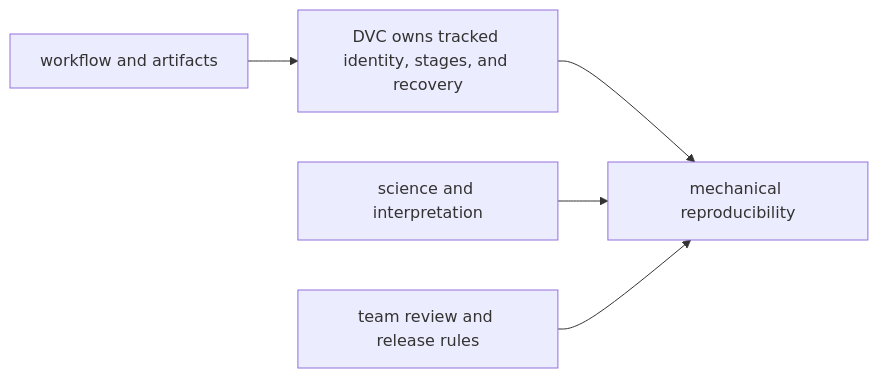
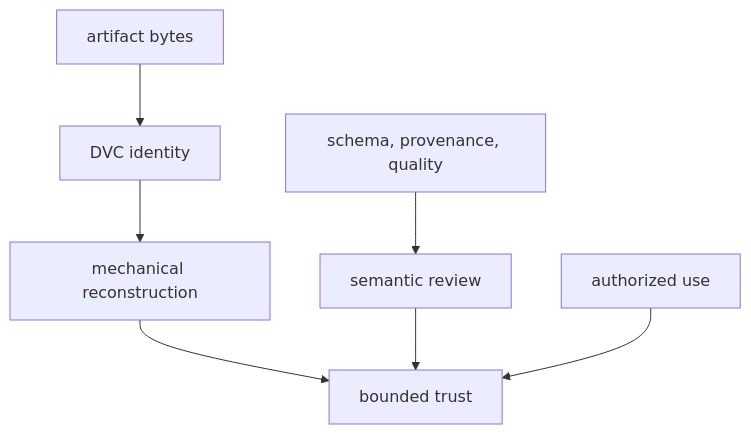
The third of 3 diagrams in programs/reproducible-research/deep-dive-dvc/course-book/module-01-reproducibility-failures-real-teams/what-dvc-does-and-does-not-own.md (bijux/bijux-masterclass), drawn with Mermaid before and after one commit. The commit also changed other lines of this file, not shown here.

Commit message:
docs(dvc): bound early tool adoption claims

````diff
--- a/programs/reproducible-research/deep-dive-dvc/course-book/module-01-reproducibility-failures-real-teams/what-dvc-does-and-does-not-own.md
+++ b/programs/reproducible-research/deep-dive-dvc/course-book/module-01-reproducibility-failures-real-teams/what-dvc-does-and-does-not-own.md
@@ -69,7 +105,9 @@
 ```mermaid
-flowchart LR
-  workflow["workflow and artifacts"] --> dvc["DVC owns tracked identity, stages, and recovery"]
-  dvc --> trust["mechanical reproducibility"]
-  science["science and interpretation"] --> trust
-  governance["team review and release rules"] --> trust
+flowchart TB
+  bytes["artifact bytes"] --> identity["DVC identity"]
+  identity --> mechanical["mechanical reconstruction"]
+  meaning["schema, provenance, quality"] --> semantic["semantic review"]
+  mechanical --> trust["bounded trust"]
+  semantic --> trust
+  approval["authorized use"] --> trust
 ```
````
